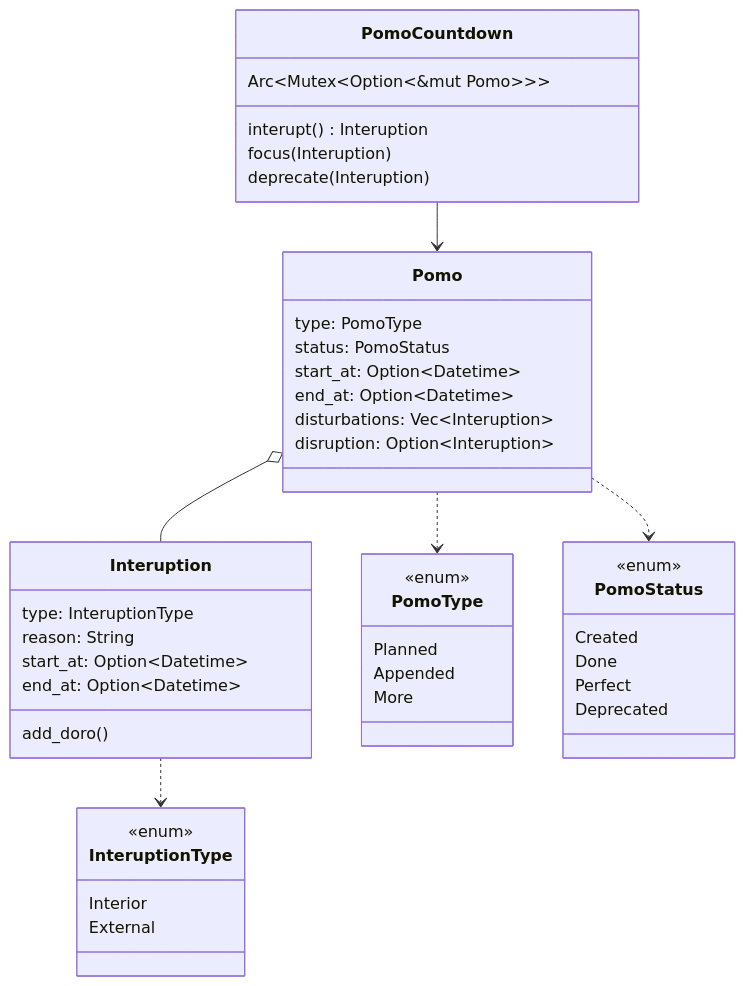
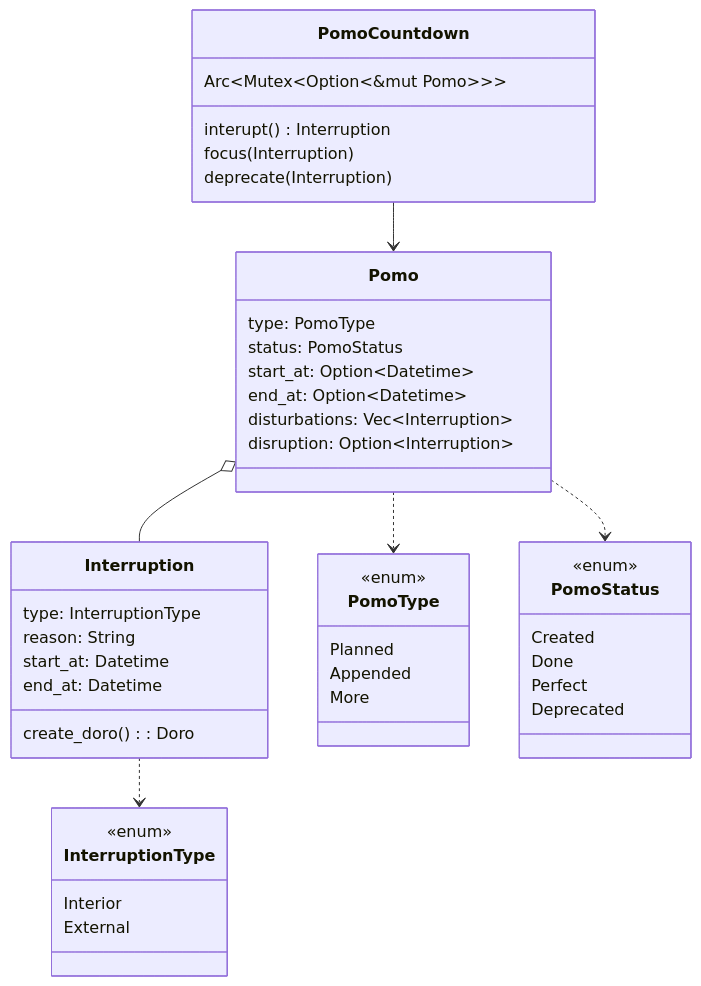
The third of 4 diagrams in src/pomo_doro/estimate-interuption.md (huangjj27/huangjj27.github.io), drawn with Mermaid before and after one commit. The commit also changed other lines of this file, not shown here.

Commit message:
typofix(pomo_doro): 修复中断拼写错误

````diff
--- a/src/pomo_doro/estimate-interuption.md
+++ b/src/pomo_doro/estimate-interuption.md
@@ -118,53 +118,53 @@
 ```mermaid
 classDiagram
-    Pomo o-- Interuption
+    Pomo o-- Interruption
     Pomo ..> PomoType
     Pomo ..> PomoStatus
-    Interuption ..> InteruptionType
+    Interruption ..> InterruptionType
     PomoCountdown --> Pomo
 
     class Pomo {
         type: PomoType
         status: PomoStatus
         start_at: Option~Datetime~
         end_at: Option~Datetime~
-        disturbations: Vec~Interuption~
-        disruption: Option~Interuption~
+        disturbations: Vec~Interruption~
+        disruption: Option~Interruption~
     }
 
     class PomoCountdown {
         Arc~Mutex~Option~&mut Pomo~~~
-        interupt() Interuption
-        focus(Interuption)
-        deprecate(Interuption)
+        interupt() Interruption
+        focus(Interruption)
+        deprecate(Interruption)
     }
 
-    class Interuption {
-        type: InteruptionType
+    class Interruption {
+        type: InterruptionType
         reason: String
-        start_at: Option~Datetime~
-        end_at: Option~Datetime~
-        add_doro()
+        start_at: Datetime
+        end_at: Datetime
+        create_doro(): Doro
     }
 
     class PomoType {
         <<enum>>
         Planned
         Appended
         More
     }
 
     class PomoStatus {
         <<enum>>
         Created
         Done
         Perfect
         Deprecated
     }
 
-    class InteruptionType {
+    class InterruptionType {
         <<enum>>
         Interior
         External
     }
 ```
````
